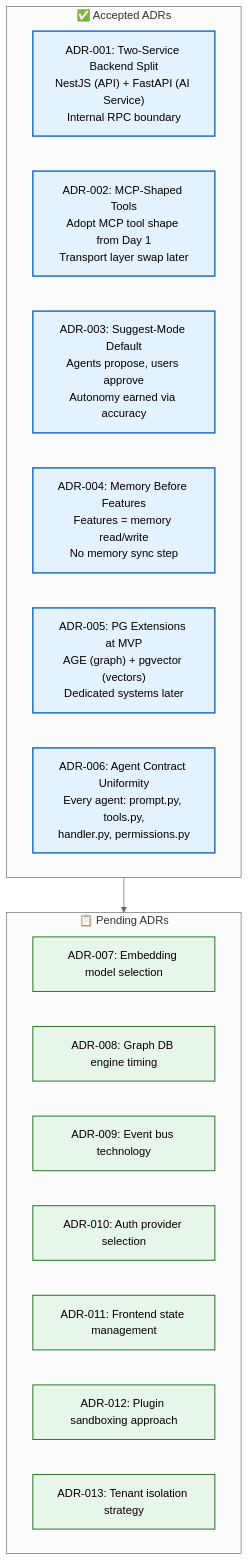
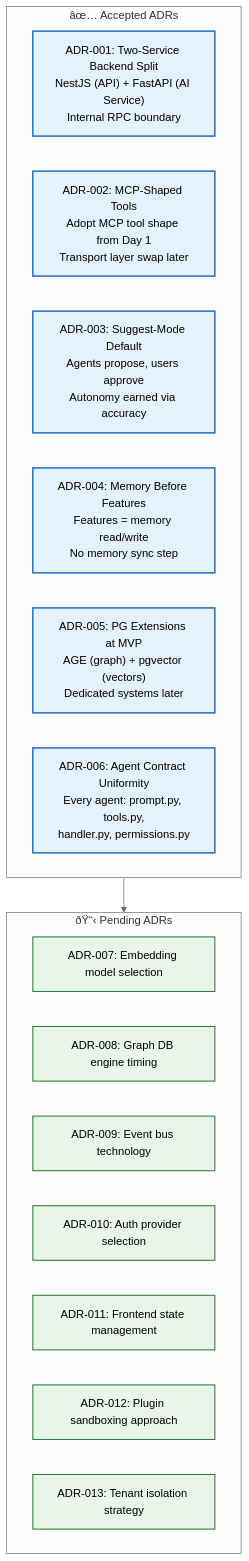
One commit to Driftloom/Vaeloom changed the diagram in Docs/Architecture/03-adrs.md. Above: the diagram before and after it, drawn with Mermaid (neutral theme). The commit also changed other lines of this file and 249 other files, not shown here.

````diff
--- a/Docs/Architecture/03-adrs.md
+++ b/Docs/Architecture/03-adrs.md
@@ -20,29 +20,29 @@
 ```mermaid
 graph TD
     classDef current fill:#e3f2fd,stroke:#1565c0,color:#000,stroke-width:2px
     classDef pending fill:#e8f5e9,stroke:#2e7d32,color:#000,stroke-width:1.5px
 
-    subgraph Accepted["✅ Accepted ADRs"]
+    subgraph Accepted["âœ… Accepted ADRs"]
         A1["ADR-001: Two-Service Backend Split<br/>NestJS (API) + FastAPI (AI Service)<br/>Internal RPC boundary"]
         A2["ADR-002: MCP-Shaped Tools<br/>Adopt MCP tool shape from Day 1<br/>Transport layer swap later"]
         A3["ADR-003: Suggest-Mode Default<br/>Agents propose, users approve<br/>Autonomy earned via accuracy"]
         A4["ADR-004: Memory Before Features<br/>Features = memory read/write<br/>No memory sync step"]
         A5["ADR-005: PG Extensions at MVP<br/>AGE (graph) + pgvector (vectors)<br/>Dedicated systems later"]
         A6["ADR-006: Agent Contract Uniformity<br/>Every agent: prompt.py, tools.py,<br/>handler.py, permissions.py"]
     end
 
-    subgraph Pending["📋 Pending ADRs"]
+    subgraph Pending["ðŸ“‹ Pending ADRs"]
         P1["ADR-007: Embedding model selection"]
         P2["ADR-008: Graph DB engine timing"]
         P3["ADR-009: Event bus technology"]
         P4["ADR-010: Auth provider selection"]
         P5["ADR-011: Frontend state management"]
         P6["ADR-012: Plugin sandboxing approach"]
         P7["ADR-013: Tenant isolation strategy"]
     end
 
     Accepted --> Pending
 
     class A1,A2,A3,A4,A5,A6 current
     class P1,P2,P3,P4,P5,P6,P7 pending
 ```
````
